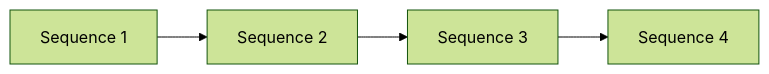
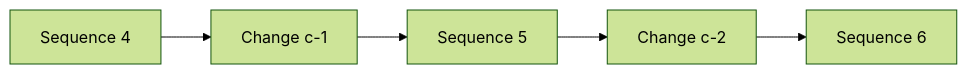
The second of 16 diagrams in spec/sync.md (orblivion/lbry-wallet-sync-draft), drawn with Mermaid (forest theme) before and after one commit. The commit also changed other lines of this file and 17 other files, not shown here.

````diff
--- a/spec/sync.md
+++ b/spec/sync.md
@@ -46,10 +67,13 @@
 ```mermaid
   flowchart LR
-    s1[Sequence 1]
-    s2[Sequence 2]
-    s3[Sequence 3]
     s4[Sequence 4]
-    s1 --> s2
-    s2 --> s3
-    s3 --> s4
+    s5[Sequence 5]
+    s6[Sequence 6]
+    c1[Change c-1]
+    c2[Change c-2]
+
+    s4 --> c1
+    c1 --> s5
+    s5 --> c2
+    c2 --> s6
 ```
````
